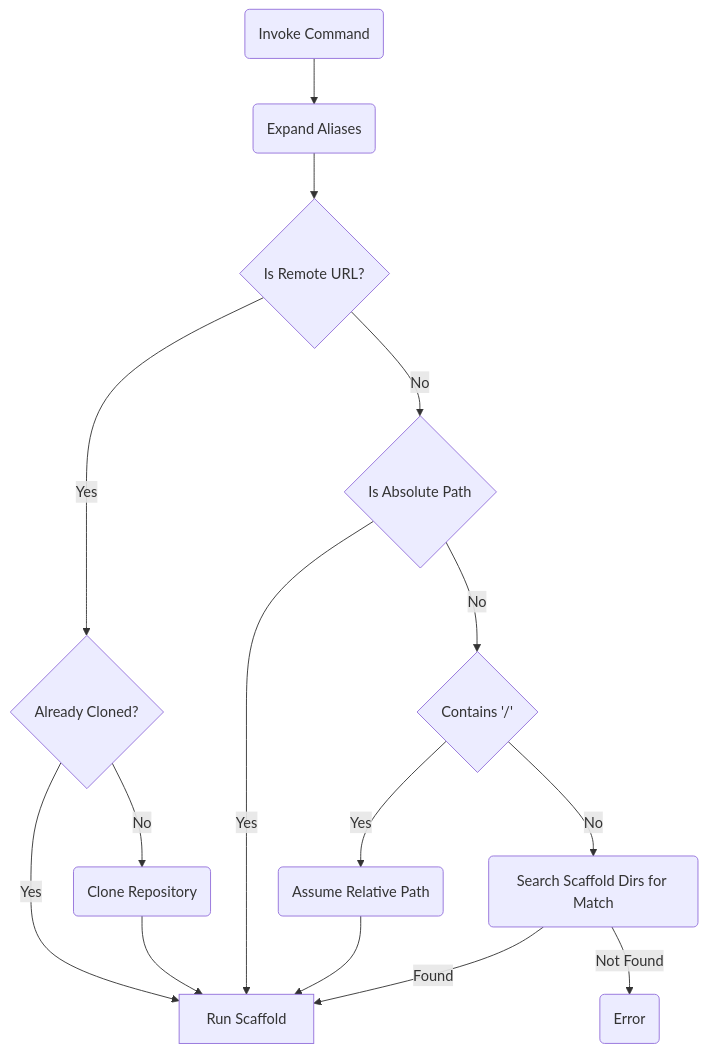
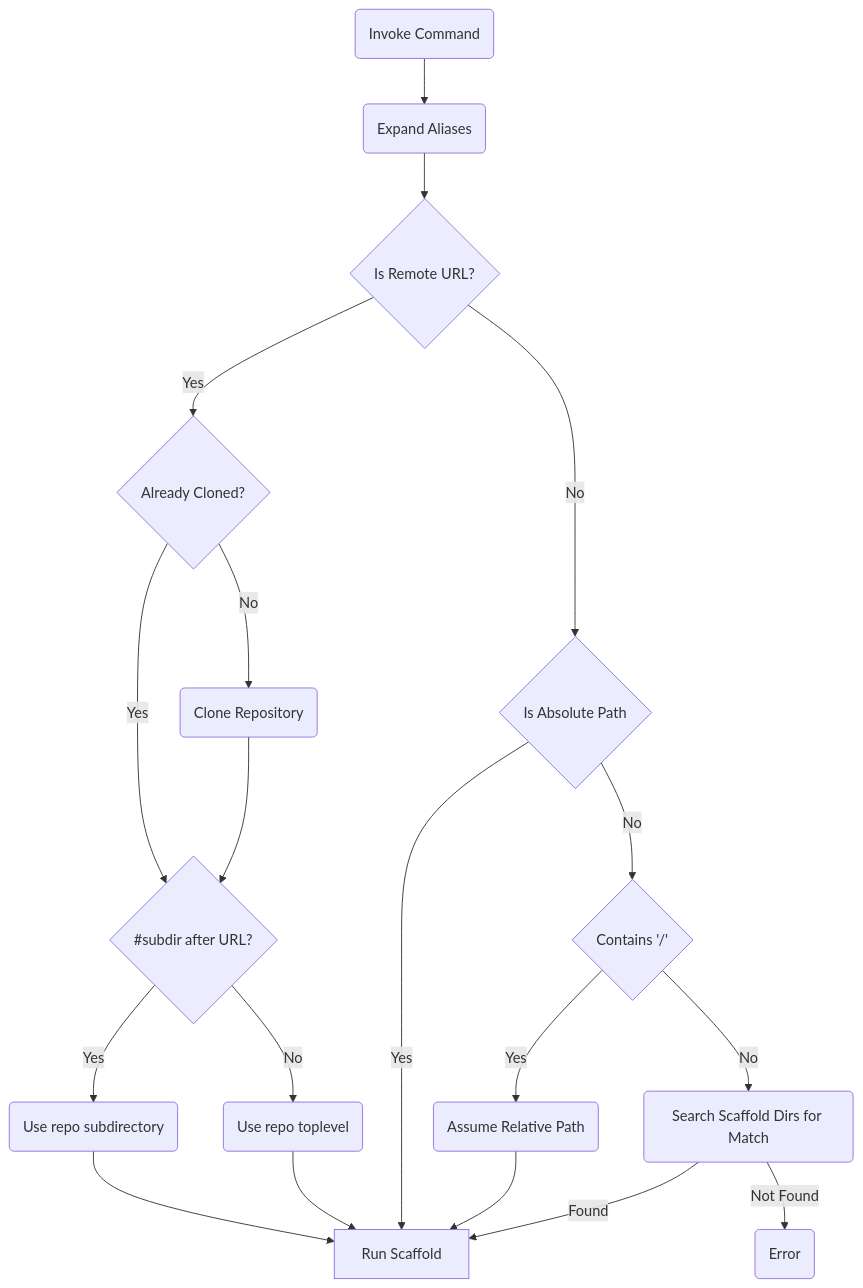
The diagram in docs/docs/user-guide/scaffold-resolution.md (hay-kot/scaffold), drawn with Mermaid before and after one commit. The commit also changed other lines of this file and 3 other files, not shown here.

````diff
--- a/docs/docs/user-guide/scaffold-resolution.md
+++ b/docs/docs/user-guide/scaffold-resolution.md
@@ -8,22 +24,30 @@
 ```mermaid
 graph TD;
   A(Invoke Command) --> B(Expand Aliases);
   B --> C{Is Remote URL?}
   C --> |Yes| D{Already Cloned?};
-  D --> |Yes| Z;
+  D --> |Yes| repo_subdir_choice;
   D --> |No| E(Clone Repository);
-  E --> Z;
+  E --> repo_subdir_choice;
+
+  repo_subdir_choice{#subdir after URL?}
+
+  repo_subdir_choice --> |Yes| use_repo_subdir(Use repo subdirectory)
+  repo_subdir_choice --> |No| use_repo_toplevel(Use repo toplevel)
+
+  use_repo_subdir --> Z
+  use_repo_toplevel --> Z
 
   C --> |No| F{Is Absolute Path};
   F --> |Yes| Z;
 
   F --> |No| G{Contains '/'};
   G --> |Yes| H(Assume Relative Path);
   H --> Z;
 
   G --> |No| I(Search Scaffold Dirs for Match);
   I --> |Found| Z;
   I --> |Not Found| J(Error);
 
   Z[Run Scaffold];
 ```
````
